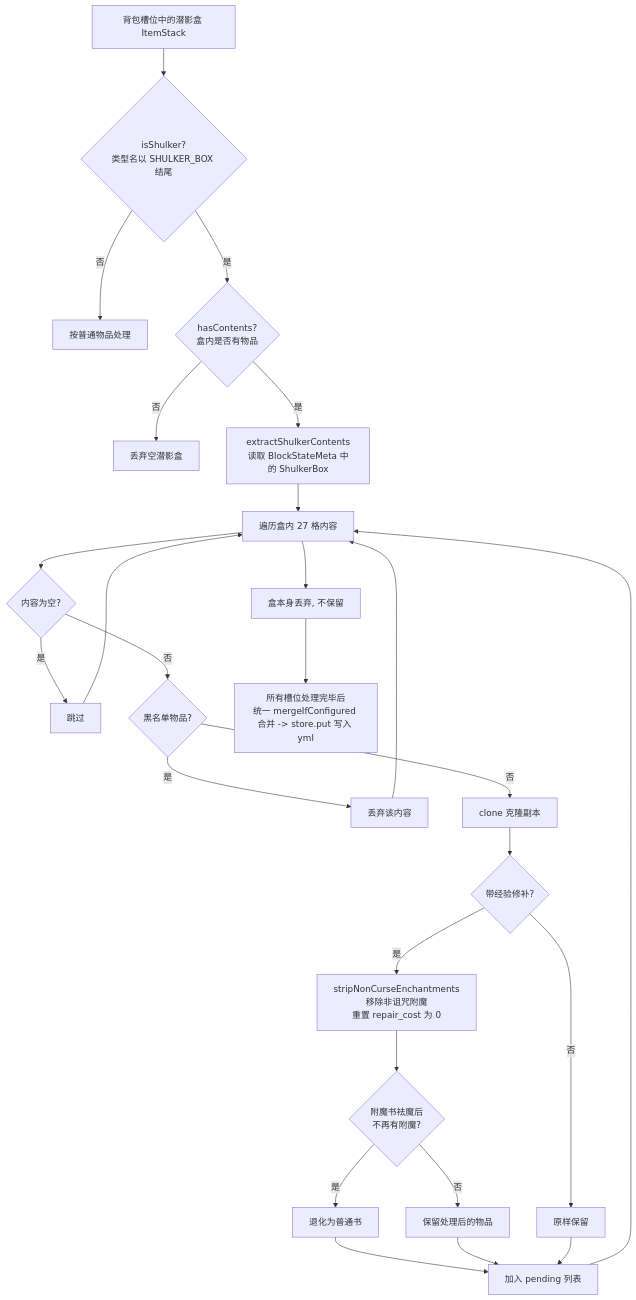
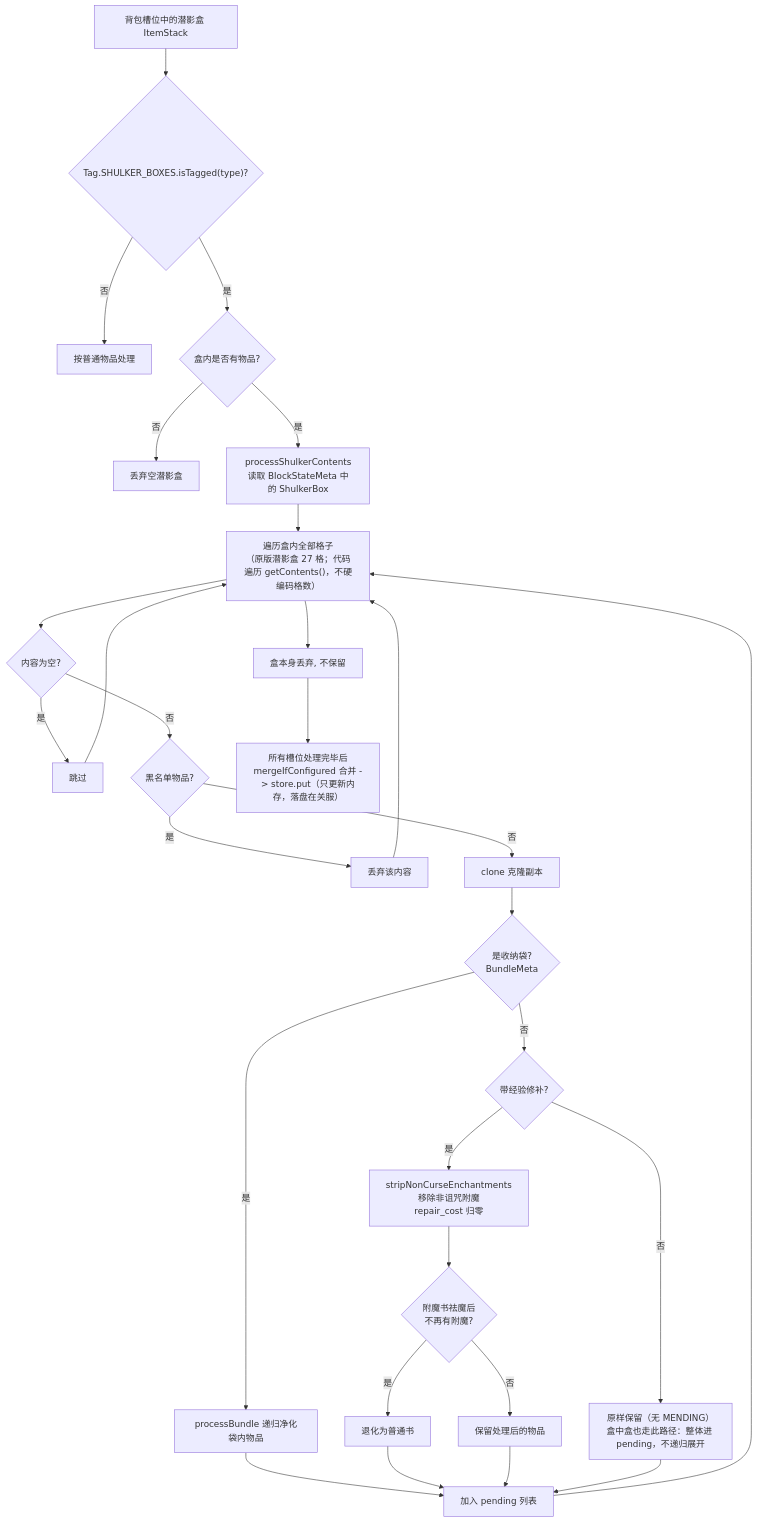
The second of 3 diagrams in docs/plugin-diagram.md (Lustrous-Hope-Makes-Dreams-Radiance/EndVoidRescue), drawn with Mermaid before and after one commit. The commit also changed other lines of this file and 2 other files, not shown here.

Commit message:
docs: 以当前代码为准重写 testing.md / README.md / plugin-diagram.md

````diff
--- a/docs/plugin-diagram.md
+++ b/docs/plugin-diagram.md
@@ -43,28 +53,31 @@
 ```mermaid
 flowchart TD
-    A["背包槽位中的潜影盒 ItemStack"] --> B{"isShulker?<br/>类型名以 SHULKER_BOX 结尾"}
+    A["背包槽位中的潜影盒 ItemStack"] --> B{"Tag.SHULKER_BOXES.isTagged(type)?"}
     B -- 否 --> Z["按普通物品处理"]
-    B -- 是 --> C{"hasContents?<br/>盒内是否有物品"}
+    B -- 是 --> C{"盒内是否有物品?"}
     C -- 否 --> X["丢弃空潜影盒"]
-    C -- 是 --> D["extractShulkerContents<br/>读取 BlockStateMeta 中的 ShulkerBox"]
-    D --> E["遍历盒内 27 格内容"]
+    C -- 是 --> D["processShulkerContents<br/>读取 BlockStateMeta 中的 ShulkerBox"]
+    D --> E["遍历盒内全部格子<br/>（原版潜影盒 27 格；代码遍历 getContents()，不硬编码格数）"]
     E --> F{"内容为空?"}
     F -- 是 --> G["跳过"]
     F -- 否 --> H{"黑名单物品?"}
     H -- 是 --> I["丢弃该内容"]
     H -- 否 --> J["clone 克隆副本"]
-    J --> K{"带经验修补?"}
-    K -- 否 --> L["原样保留"]
-    K -- 是 --> M["stripNonCurseEnchantments<br/>移除非诅咒附魔<br/>重置 repair_cost 为 0"]
+    J --> J2{"是收纳袋?<br/>BundleMeta"}
+    J2 -- 是 --> J3["processBundle 递归净化袋内物品"]
+    J2 -- 否 --> K{"带经验修补?"}
+    K -- 否 --> L["原样保留（无 MENDING）<br/>盒中盒也走此路径：整体进 pending，不递归展开"]
+    K -- 是 --> M["stripNonCurseEnchantments<br/>移除非诅咒附魔<br/>repair_cost 归零"]
     M --> N{"附魔书祛魔后<br/>不再有附魔?"}
     N -- 是 --> O["退化为普通书"]
     N -- 否 --> P["保留处理后的物品"]
-    O --> Q["加入 pending 列表"]
+    J3 --> Q["加入 pending 列表"]
+    O --> Q
     P --> Q
     L --> Q
     G --> E
     I --> E
     Q --> E
     E --> R["盒本身丢弃, 不保留"]
-    R --> S["所有槽位处理完毕后<br/>统一 mergeIfConfigured 合并 -> store.put 写入 yml"]
+    R --> S["所有槽位处理完毕后<br/>mergeIfConfigured 合并 -> store.put（只更新内存，落盘在关服）"]
 ```
````
